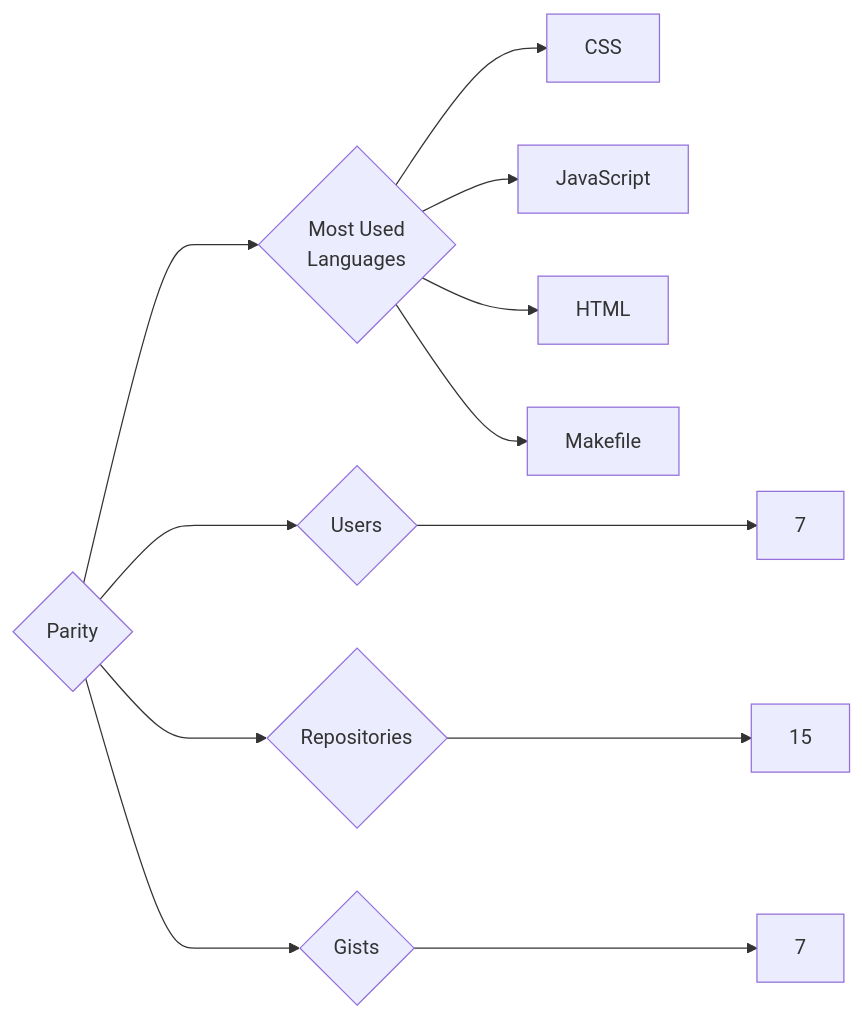
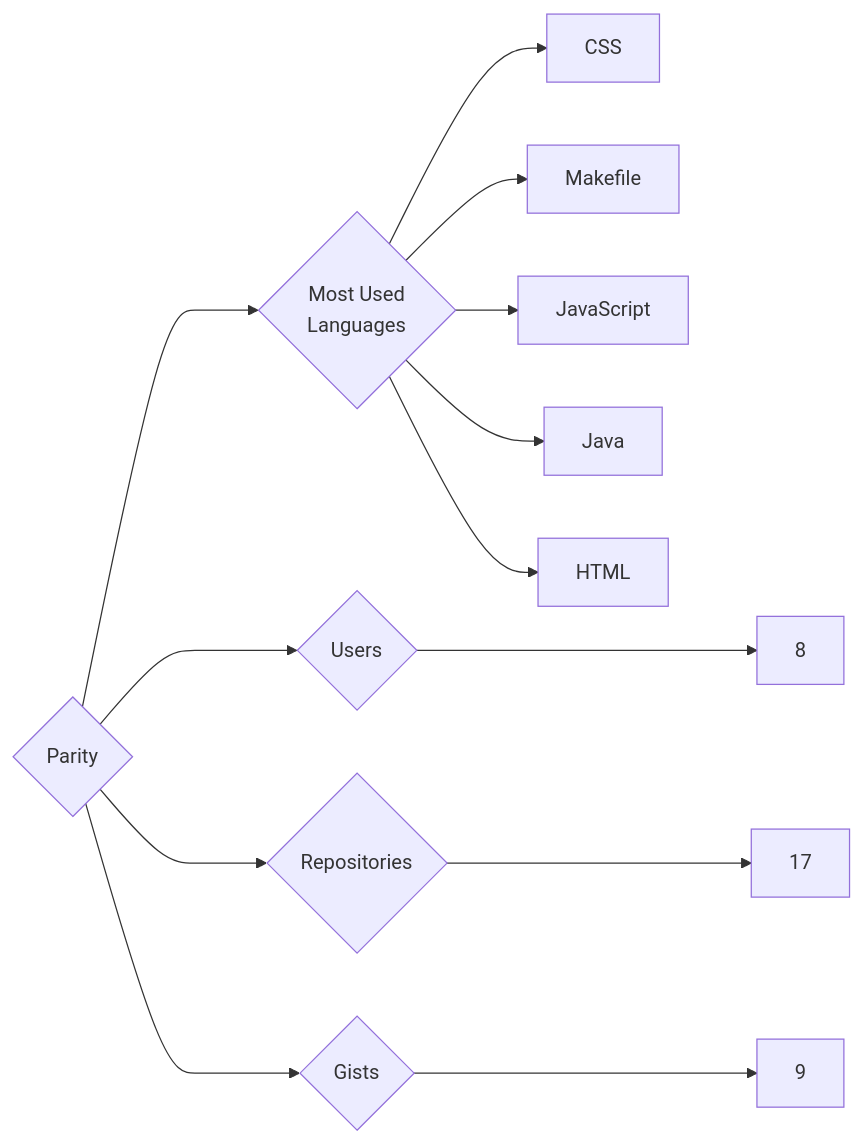
The diagram in targets/Parity/README.md (trickest/insiders), drawn with Mermaid before and after one commit. The commit also changed 1508 other files, not shown here.

````diff
--- a/targets/Parity/README.md
+++ b/targets/Parity/README.md
@@ -3,12 +3,13 @@
 ```mermaid
 graph LR
 COMPANY_NAME{Parity}
-COMPANY_NAME ---> U{Users} ---> UN[7]
-COMPANY_NAME ---> R{Repositories} ---> RN[15]
-COMPANY_NAME ---> G{Gists} ---> GN[7]
+COMPANY_NAME ---> U{Users} ---> UN[8]
+COMPANY_NAME ---> R{Repositories} ---> RN[17]
+COMPANY_NAME ---> G{Gists} ---> GN[9]
 COMPANY_NAME ---> ML{Most Used<br>Languages}
 ML --> CSS[CSS]
+ML --> Makefile[Makefile]
 ML --> JavaScript[JavaScript]
+ML --> Java[Java]
 ML --> HTML[HTML]
-ML --> Makefile[Makefile]
 ```
````
